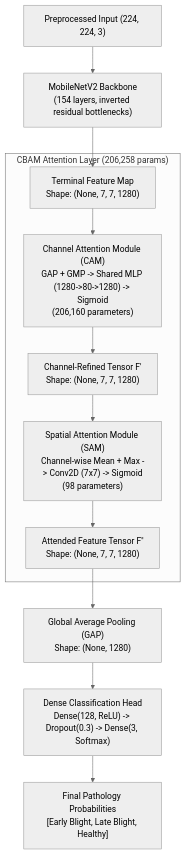
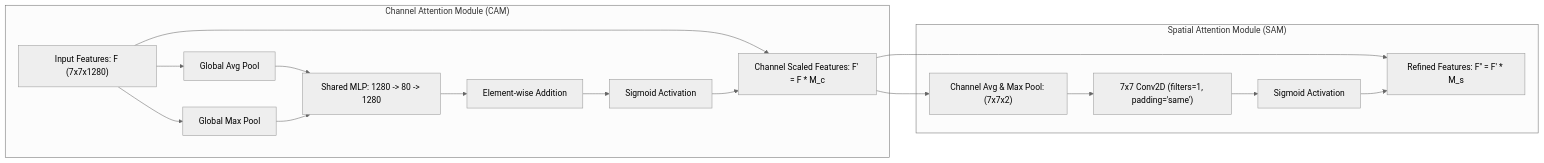
One commit to ranitadhikari2023/plant-disease-detection changed the third of 7 diagrams in docs/FINAL_PROJECT_ANALYSIS_REPORT.md. Above: the diagram before and after it, drawn with Mermaid (neutral theme). The commit also changed other lines of this file and 93 other files, not shown here.

````diff
--- a/docs/FINAL_PROJECT_ANALYSIS_REPORT.md
+++ b/docs/FINAL_PROJECT_ANALYSIS_REPORT.md
@@ -604,16 +901,27 @@
 ```mermaid
-flowchart TD
-    A["Preprocessed Input (224, 224, 3)"] --> B["MobileNetV2 Backbone<br/>(154 layers, inverted residual bottlenecks)"]
-    B --> C["Terminal Feature Map<br/>Shape: (None, 7, 7, 1280)"]
-    
-    subgraph CBAM_Module ["CBAM Attention Layer (206,258 params)"]
-        C --> D["Channel Attention Module (CAM)<br/>GAP + GMP -> Shared MLP (1280->80->1280) -> Sigmoid<br/>(206,160 parameters)"]
-        D --> E["Channel-Refined Tensor F'<br/>Shape: (None, 7, 7, 1280)"]
-        E --> F["Spatial Attention Module (SAM)<br/>Channel-wise Mean + Max -> Conv2D (7x7) -> Sigmoid<br/>(98 parameters)"]
-        F --> G["Attended Feature Tensor F''<br/>Shape: (None, 7, 7, 1280)"]
+flowchart LR
+    subgraph CAM_Block ["Channel Attention Module (CAM)"]
+        F_IN["Input Features: F (7x7x1280)"]
+        GAP_C["Global Avg Pool"]
+        GMP_C["Global Max Pool"]
+        MLP["Shared MLP: 1280 -> 80 -> 1280"]
+        SUM_C["Element-wise Addition"]
+        SIG_C["Sigmoid Activation"]
+        SCALE_C["Channel Scaled Features: F' = F * M_c"]
+
+        F_IN --> GAP_C --> MLP
+        F_IN --> GMP_C --> MLP
+        MLP --> SUM_C --> SIG_C
+        F_IN --> SCALE_C
+        SIG_C --> SCALE_C
     end
-    
-    G --> H["Global Average Pooling (GAP)<br/>Shape: (None, 1280)"]
-    H --> I["Dense Classification Head<br/>Dense(128, ReLU) -> Dropout(0.3) -> Dense(3, Softmax)"]
-    I --> J["Final Pathology Probabilities<br/>[Early Blight, Late Blight, Healthy]"]
+
+    subgraph SAM_Block ["Spatial Attention Module (SAM)"]
+        SCALE_C --> POOL_S["Channel Avg & Max Pool: (7x7x2)"]
+        POOL_S --> CONV_S["7x7 Conv2D (filters=1, padding='same')"]
+        CONV_S --> SIG_S["Sigmoid Activation"]
+        SCALE_S["Refined Features: F'' = F' * M_s"]
+        SCALE_C --> SCALE_S
+        SIG_S --> SCALE_S
+    end
 ```
````
